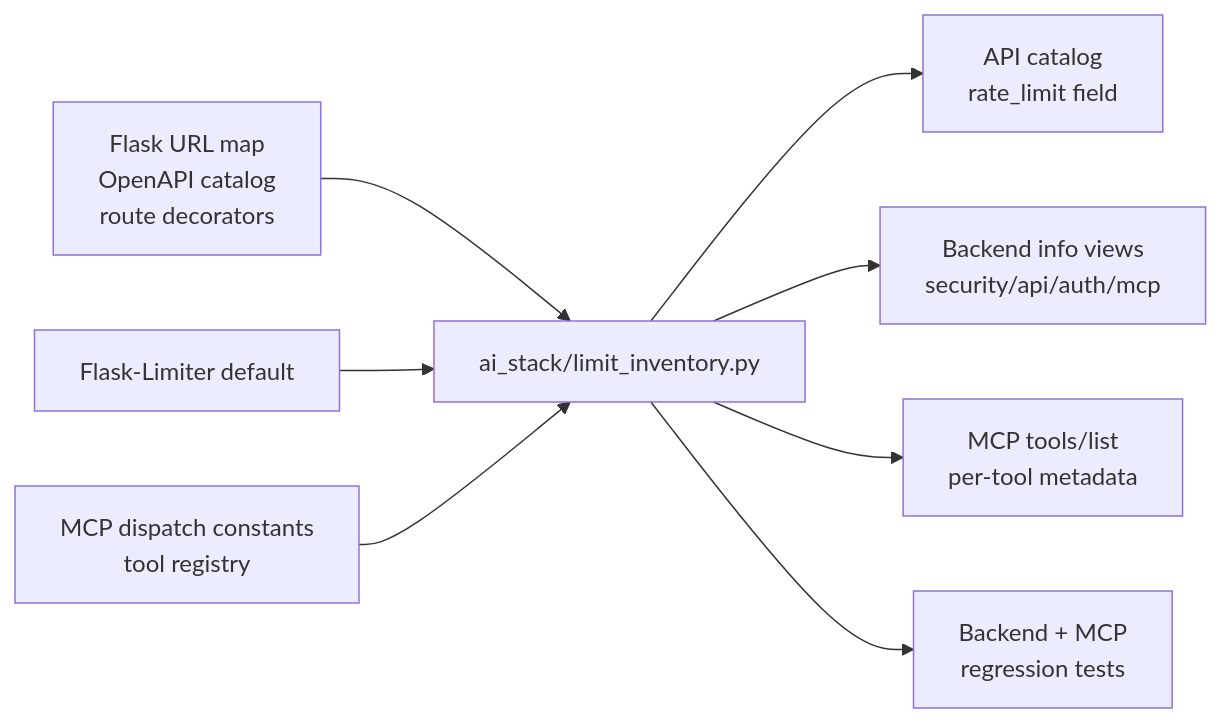
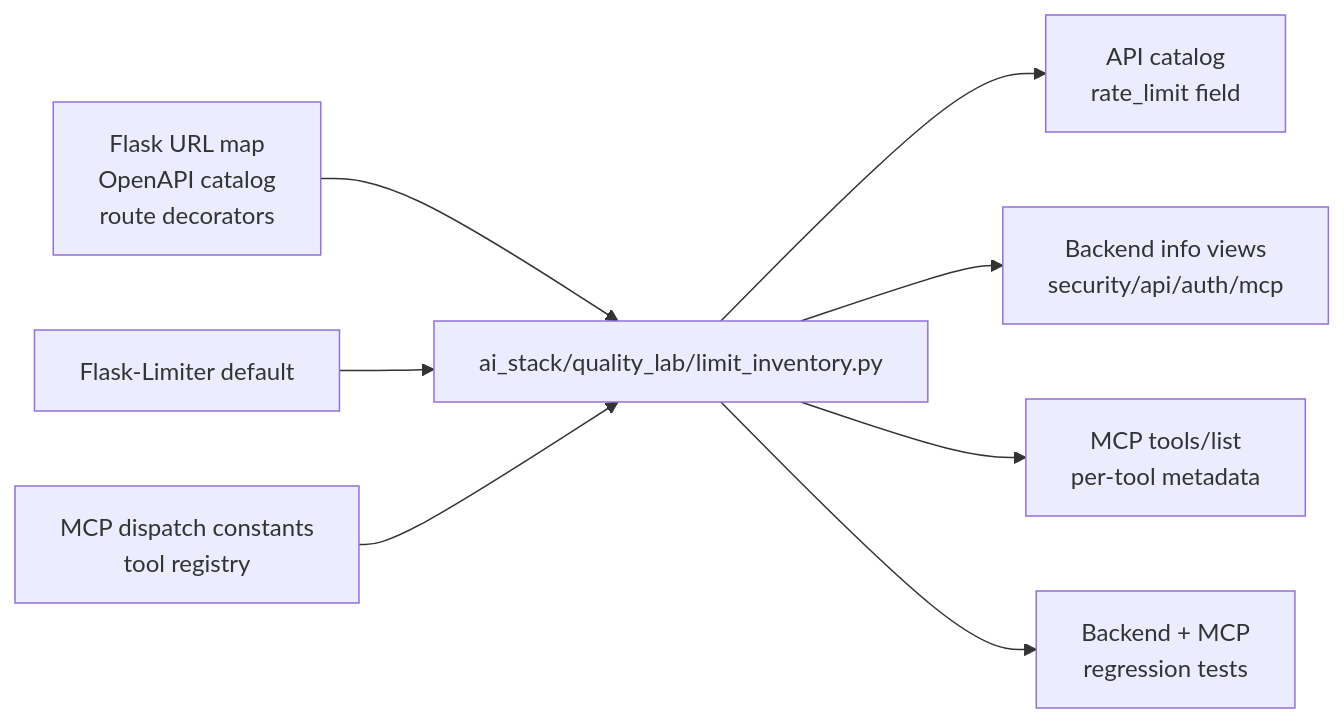
The diagram in docs/ADR/adr-0048-central-route-and-mcp-rate-limit-inventory.md (Held0fTheWelt/BLACKVEIN), drawn with Mermaid before and after one commit. The commit also changed other lines of this file and 706 other files, not shown here.

````diff
--- a/docs/ADR/adr-0048-central-route-and-mcp-rate-limit-inventory.md
+++ b/docs/ADR/adr-0048-central-route-and-mcp-rate-limit-inventory.md
@@ -91,11 +91,11 @@
 ```mermaid
 flowchart LR
-  ROUTES["Flask URL map\nOpenAPI catalog\nroute decorators"] --> INV["ai_stack/limit_inventory.py"]
+  ROUTES["Flask URL map\nOpenAPI catalog\nroute decorators"] --> INV["ai_stack/quality_lab/limit_inventory.py"]
   DEFAULTS["Flask-Limiter default"] --> INV
   MCP["MCP dispatch constants\ntool registry"] --> INV
 
   INV --> CATALOG["API catalog\nrate_limit field"]
   INV --> INFO["Backend info views\nsecurity/api/auth/mcp"]
   INV --> TOOLS["MCP tools/list\nper-tool metadata"]
   INV --> TESTS["Backend + MCP\nregression tests"]
 ```
````
